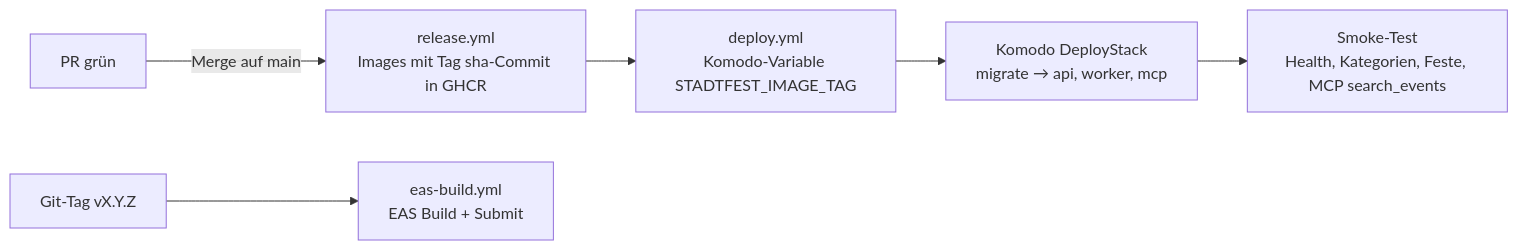
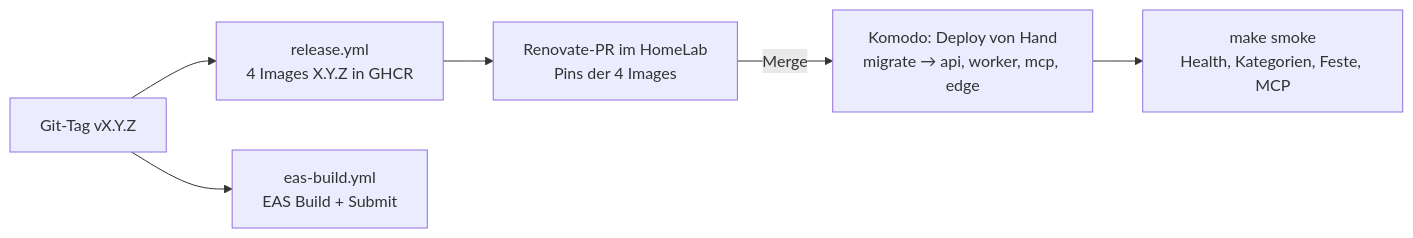
One commit to Harpune/Stadtfest-Finder changed the third of 3 diagrams in 00-docs/20-architecture/system-architecture.md. Above: the diagram before and after it, drawn with Mermaid. The commit also changed other lines of this file and 27 other files, not shown here.

````diff
--- a/00-docs/20-architecture/system-architecture.md
+++ b/00-docs/20-architecture/system-architecture.md
@@ -106,8 +106,8 @@
 ```mermaid
 flowchart LR
-  PR[PR grün] -->|Merge auf main| REL[release.yml<br/>Images mit Tag sha-Commit in GHCR]
-  REL --> DEP[deploy.yml<br/>Komodo-Variable STADTFEST_IMAGE_TAG]
-  DEP --> KOM[Komodo DeployStack<br/>migrate → api, worker, mcp]
-  KOM --> SMK[Smoke-Test<br/>Health, Kategorien, Feste, MCP search_events]
-  TAG[Git-Tag vX.Y.Z] --> EAS[eas-build.yml<br/>EAS Build + Submit]
+  TAG[Git-Tag vX.Y.Z] --> REL[release.yml<br/>4 Images X.Y.Z in GHCR]
+  REL --> REN[Renovate-PR im HomeLab<br/>Pins der 4 Images]
+  REN -->|Merge| DEP[Komodo: Deploy von Hand<br/>migrate → api, worker, mcp, edge]
+  DEP --> SMK[make smoke<br/>Health, Kategorien, Feste, MCP]
+  TAG --> EAS[eas-build.yml<br/>EAS Build + Submit]
 ```
````
